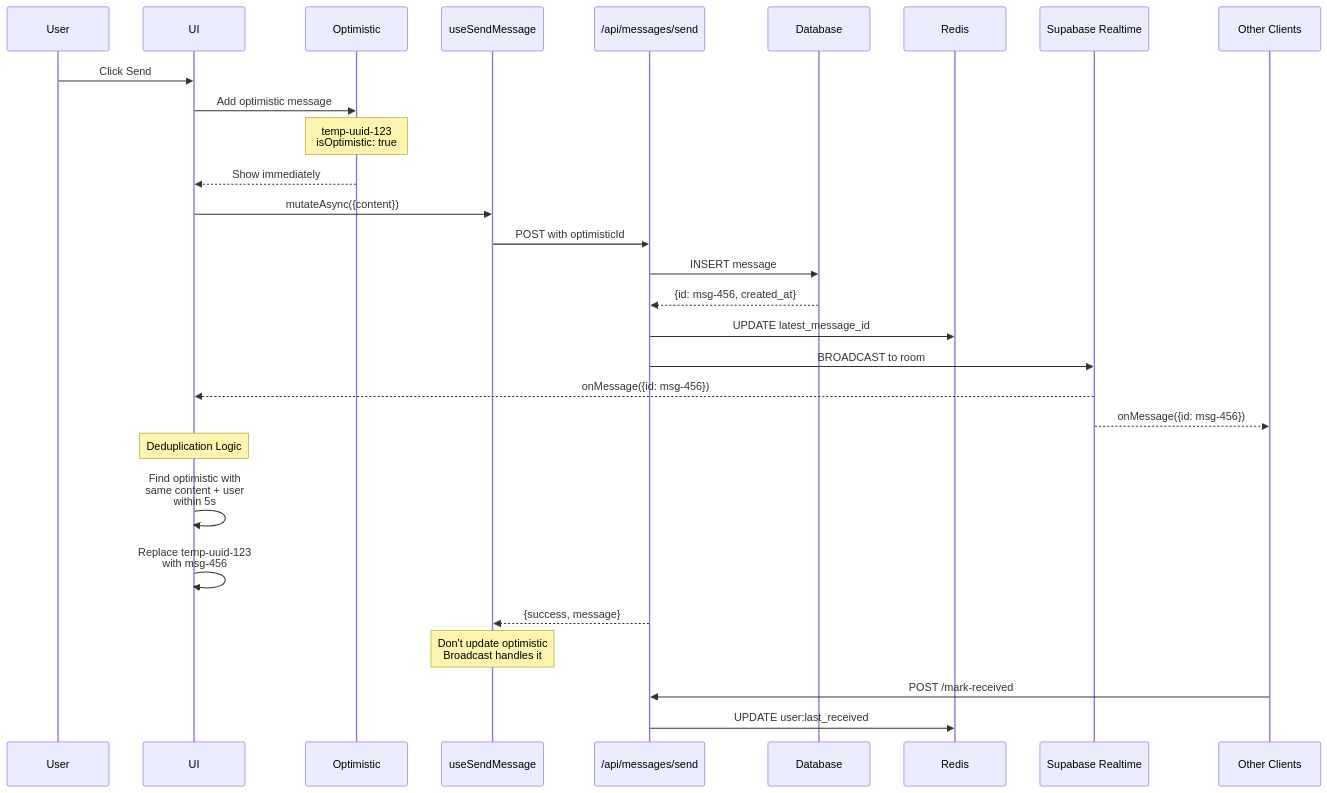
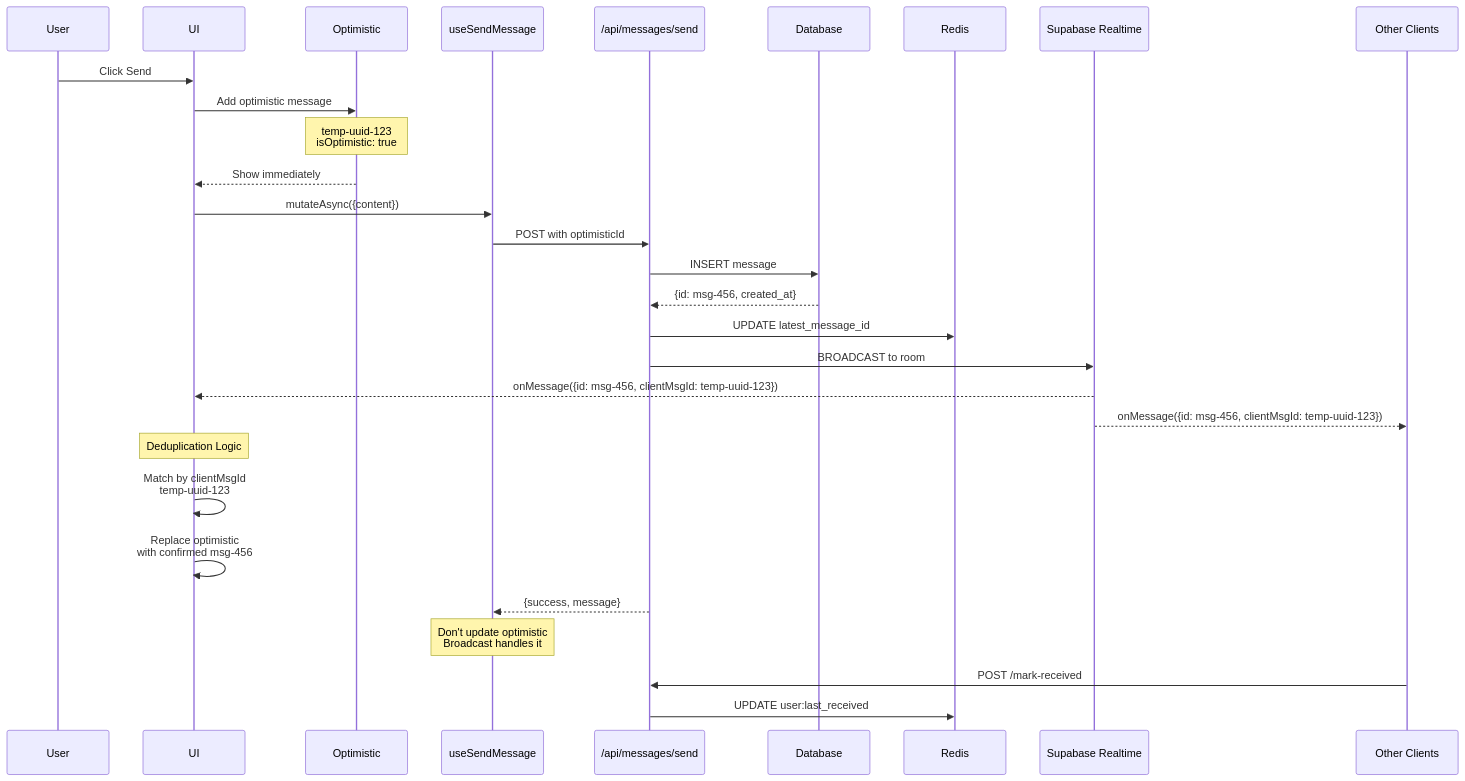
One commit to jtclarkjr/realtime-chat-react changed the seventh of 20 diagrams in docs/DATA_FLOW_ARCHITECTURE.md. Above: the diagram before and after it, drawn with Mermaid. The commit also changed other lines of this file and 3 other files, not shown here.

````diff
--- a/docs/DATA_FLOW_ARCHITECTURE.md
+++ b/docs/DATA_FLOW_ARCHITECTURE.md
@@ -185,39 +185,39 @@
 ```mermaid
 sequenceDiagram
     participant User
     participant UI
     participant Optimistic
     participant Mutation as useSendMessage
     participant API as /api/messages/send
     participant DB as Database
     participant Redis
     participant RT as Supabase Realtime
     participant Others as Other Clients
 
     User->>UI: Click Send
     UI->>Optimistic: Add optimistic message
     Note over Optimistic: temp-uuid-123<br/>isOptimistic: true
     Optimistic-->>UI: Show immediately
 
     UI->>Mutation: mutateAsync({content})
     Mutation->>API: POST with optimisticId
 
     API->>DB: INSERT message
     DB-->>API: {id: msg-456, created_at}
 
     API->>Redis: UPDATE latest_message_id
     API->>RT: BROADCAST to room
 
-    RT-->>UI: onMessage({id: msg-456})
-    RT-->>Others: onMessage({id: msg-456})
+    RT-->>UI: onMessage({id: msg-456, clientMsgId: temp-uuid-123})
+    RT-->>Others: onMessage({id: msg-456, clientMsgId: temp-uuid-123})
 
     Note over UI: Deduplication Logic
-    UI->>UI: Find optimistic with<br/>same content + user<br/>within 5s
-    UI->>UI: Replace temp-uuid-123<br/>with msg-456
+    UI->>UI: Match by clientMsgId<br/>temp-uuid-123
+    UI->>UI: Replace optimistic<br/>with confirmed msg-456
 
     API-->>Mutation: {success, message}
     Note over Mutation: Don't update optimistic<br/>Broadcast handles it
 
     Others->>API: POST /mark-received
     API->>Redis: UPDATE user:last_received
 ```
````
